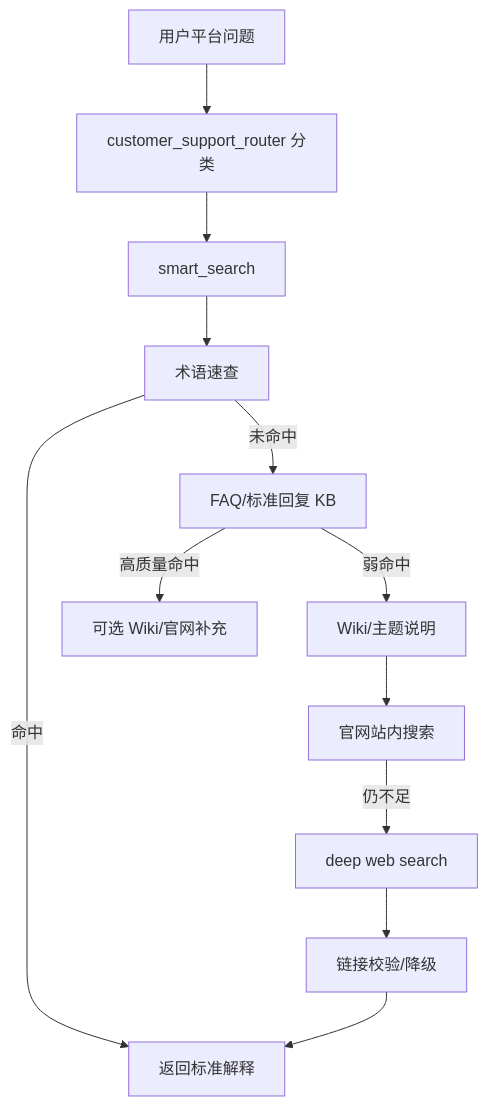
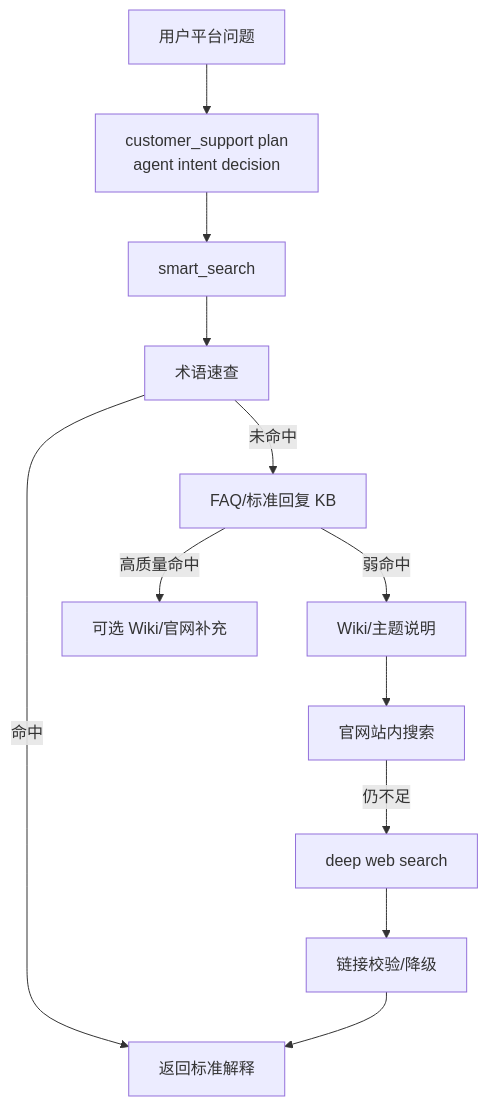
Before and after one commit to lr12338/hifleet-agent: the diagram in docs/KNOWLEDGE_BASE_GUIDE.md, drawn with Mermaid. The commit also changed other lines of this file and 12 other files, not shown here.

Commit message:
Harden agent secrecy and simplify architecture docs

````diff
--- a/docs/KNOWLEDGE_BASE_GUIDE.md
+++ b/docs/KNOWLEDGE_BASE_GUIDE.md
@@ -13,14 +13,14 @@
 ```mermaid
 flowchart TD
-    Q[用户平台问题] --> Route[customer_support_router 分类]
-    Route --> Smart[smart_search]
+    Q[用户平台问题] --> Plan[customer_support plan<br/>agent intent decision]
+    Plan --> Smart[smart_search]
     Smart --> L1[术语速查]
     L1 -->|命中| Done[返回标准解释]
     L1 -->|未命中| L2[FAQ/标准回复 KB]
     L2 -->|高质量命中| L3[可选 Wiki/官网补充]
     L2 -->|弱命中| L4[Wiki/主题说明]
     L4 --> L5[官网站内搜索]
     L5 -->|仍不足| L6[deep web search]
     L6 --> Check[链接校验/降级]
     Check --> Done
 ```
````
